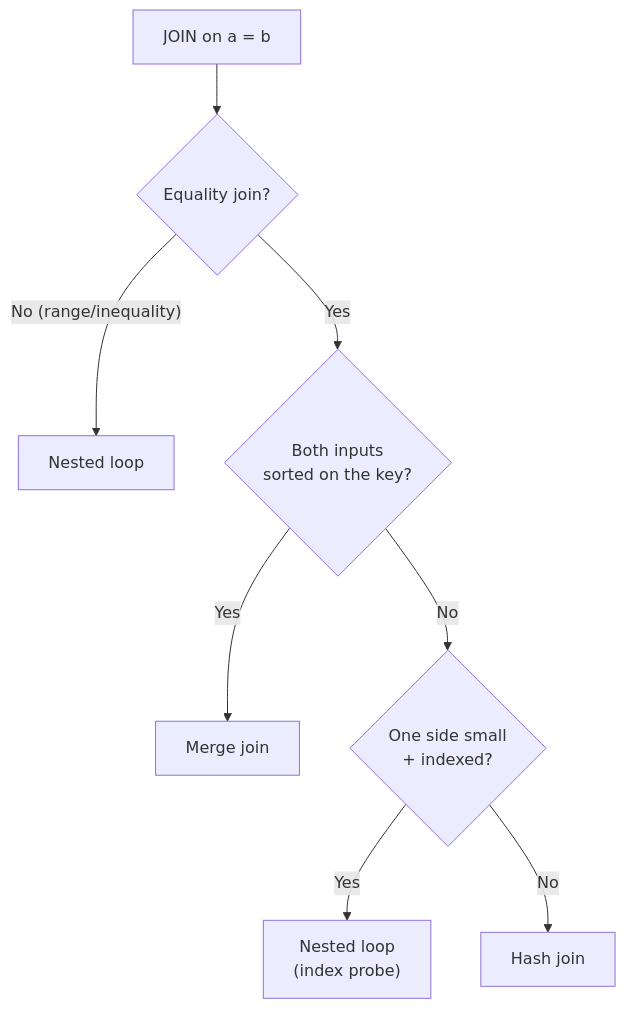
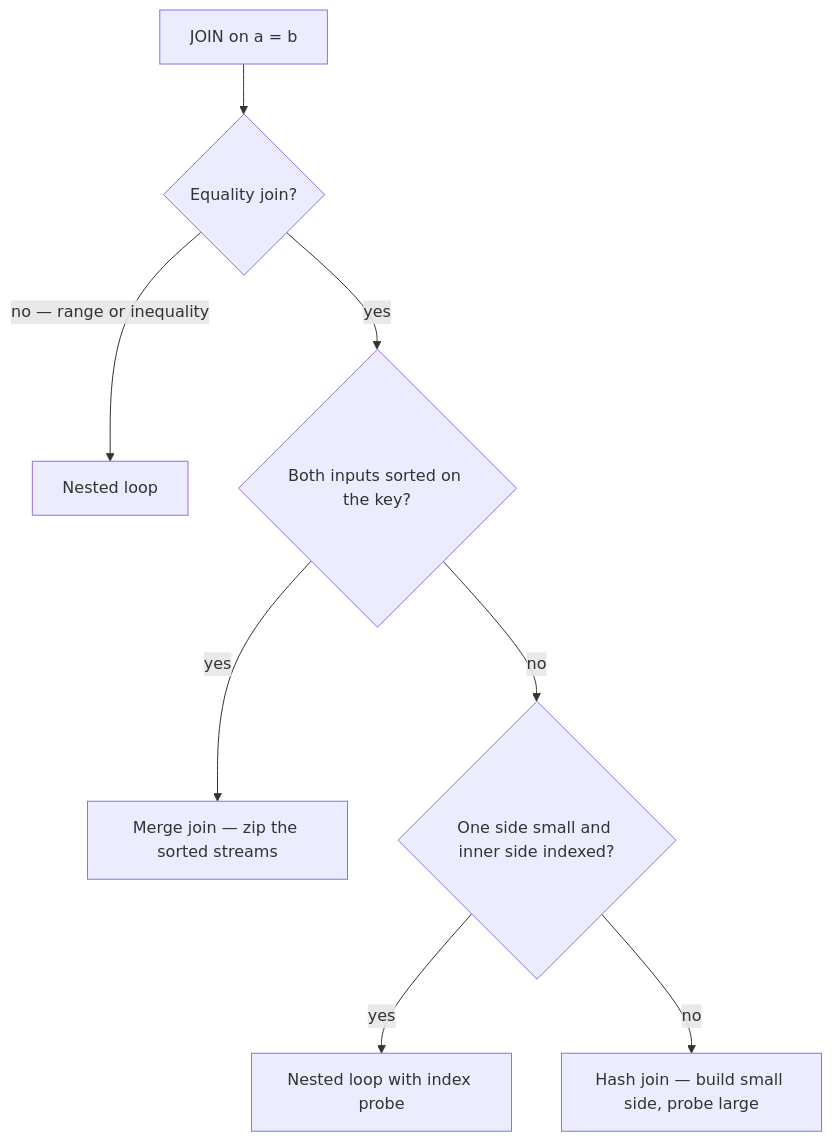
The second of 2 diagrams in src/modules/database/content/06-performance/03-explain-plans.md (mohammad-mriesh-job/cortex), drawn with Mermaid before and after one commit. The commit also changed other lines of this file and 257 other files, not shown here.

````diff
--- a/src/modules/database/content/06-performance/03-explain-plans.md
+++ b/src/modules/database/content/06-performance/03-explain-plans.md
@@ -48,10 +44,10 @@
 ```mermaid
 flowchart TD
   J["JOIN on a = b"] --> E{"Equality join?"}
-  E -->|"No (range/inequality)"| NL["Nested loop"]
-  E -->|"Yes"| S{"Both inputs<br/>sorted on the key?"}
-  S -->|"Yes"| MJ["Merge join"]
-  S -->|"No"| I{"One side small<br/>+ indexed?"}
-  I -->|"Yes"| NL2["Nested loop<br/>(index probe)"]
-  I -->|"No"| HJ["Hash join"]
+  E -->|"no — range or inequality"| NL["Nested loop"]
+  E -->|yes| S{"Both inputs sorted on the key?"}
+  S -->|yes| MJ["Merge join — zip the sorted streams"]
+  S -->|no| I{"One side small and inner side indexed?"}
+  I -->|yes| NL2["Nested loop with index probe"]
+  I -->|no| HJ["Hash join — build small side, probe large"]
 ```
````
